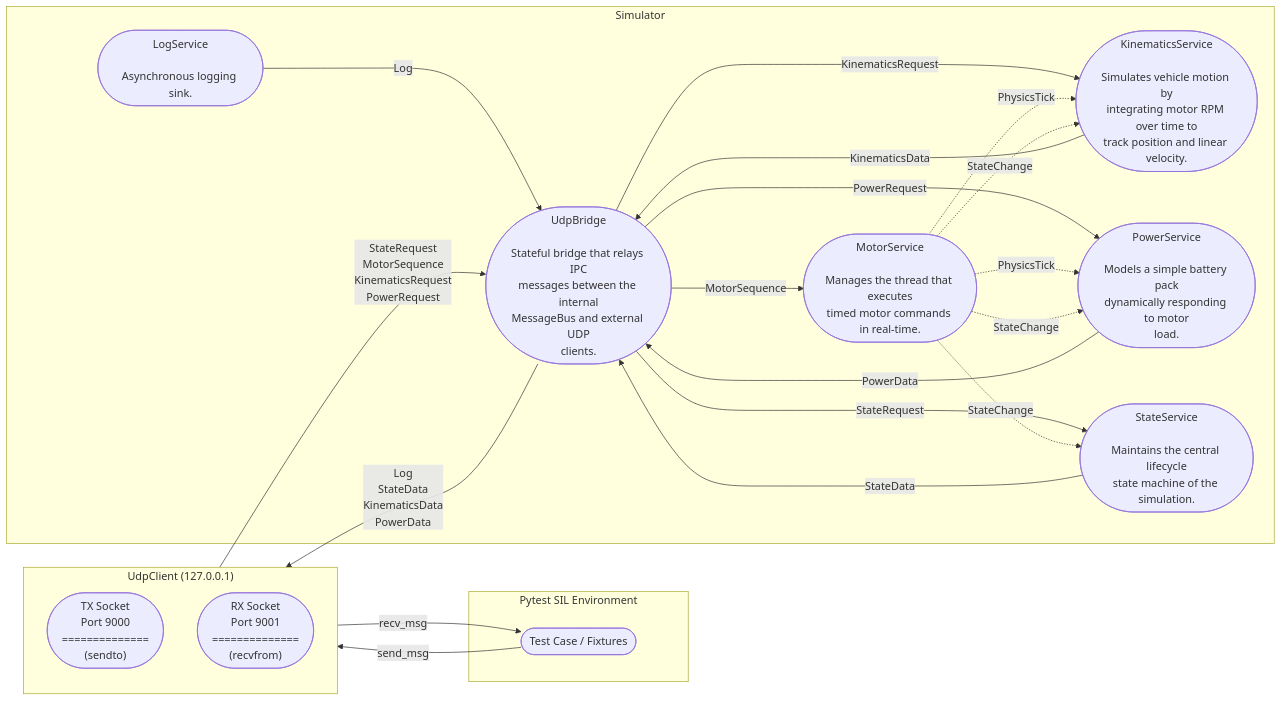
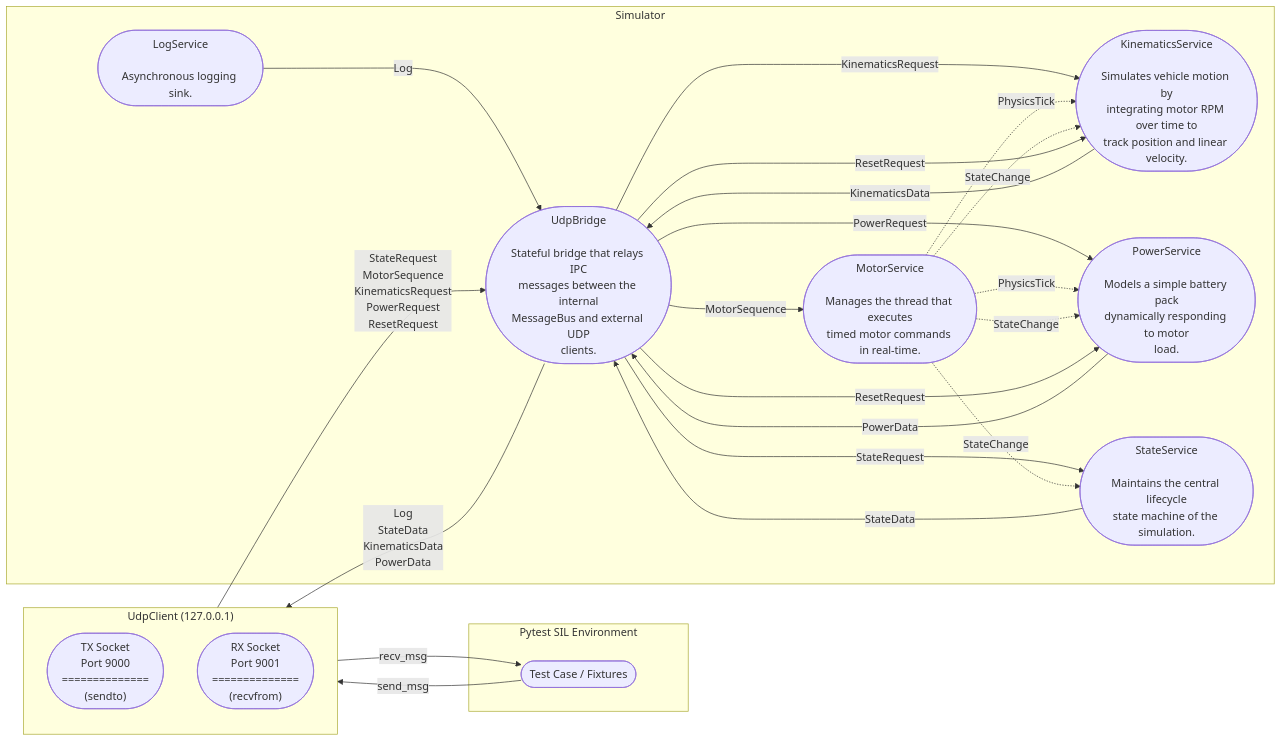
Before and after one commit to AxelBjork/reflect_pytest: the diagram in doc/ipc_protocol.md, drawn with Mermaid. The commit also changed other lines of this file and 18 other files, not shown here.

````diff
--- a/doc/ipc_protocol.md
+++ b/doc/ipc_protocol.md
@@ -43,46 +43,49 @@
 ```mermaid
 flowchart LR
     %% ─── COLUMN 1: Pytest Test Harness ───
     subgraph py["Pytest SIL Environment"]
         TestCase(["Test Case / Fixtures"])
     end
 
     %% ─── COLUMN 2: Python UDP Client & Kernel Routing ───
     subgraph net["UdpClient (127.0.0.1)"]
         direction TB
         TX(["TX Socket<br/>Port 9000<br/>==============<br/>(sendto)"])
         RX(["RX Socket<br/>Port 9001<br/>==============<br/>(recvfrom)"])
     end
 
     %% ─── COLUMN 3: C++ SUT ───
     subgraph sim["Simulator"]
         MotorService(["MotorService<br/><br/>Manages the thread that executes<br/>timed motor commands in real-time."])
         KinematicsService(["KinematicsService<br/><br/>Simulates vehicle motion by<br/>integrating motor RPM over time to<br/>track position and linear velocity."])
         PowerService(["PowerService<br/><br/>Models a simple battery pack<br/>dynamically responding to motor<br/>load."])
         StateService(["StateService<br/><br/>Maintains the central lifecycle<br/>state machine of the simulation."])
         LogService(["LogService<br/><br/>Asynchronous logging sink."])
         UdpBridge(["UdpBridge<br/><br/>Stateful bridge that relays IPC<br/>messages between the internal<br/>MessageBus and external UDP<br/>clients."])
         %% Bridge Distribution
         LogService -->|Log| UdpBridge
         UdpBridge -->|StateRequest| StateService
         StateService -->|StateData| UdpBridge
         UdpBridge -->|MotorSequence| MotorService
         UdpBridge -->|KinematicsRequest| KinematicsService
         KinematicsService -->|KinematicsData| UdpBridge
         UdpBridge -->|PowerRequest| PowerService
         PowerService -->|PowerData| UdpBridge
         MotorService -.->|PhysicsTick| KinematicsService
         MotorService -.->|PhysicsTick| PowerService
         MotorService -.->|StateChange| KinematicsService
         MotorService -.->|StateChange| PowerService
         MotorService -.->|StateChange| StateService
+        UdpBridge -->|ResetRequest| KinematicsService
+
+        UdpBridge -->|ResetRequest| PowerService
     end
 
     %% ─── INBOUND PATH ───
     TestCase -->|send_msg| TX
-    TX -->|"StateRequest<br/>MotorSequence<br/>KinematicsRequest<br/>PowerRequest"| UdpBridge
+    TX -->|"StateRequest<br/>MotorSequence<br/>KinematicsRequest<br/>PowerRequest<br/>ResetRequest"| UdpBridge
 
     %% ─── OUTBOUND PATH ───
     UdpBridge -->|"Log<br/>StateData<br/>KinematicsData<br/>PowerData"| RX
     RX -->|recv_msg| TestCase
 ```
````
